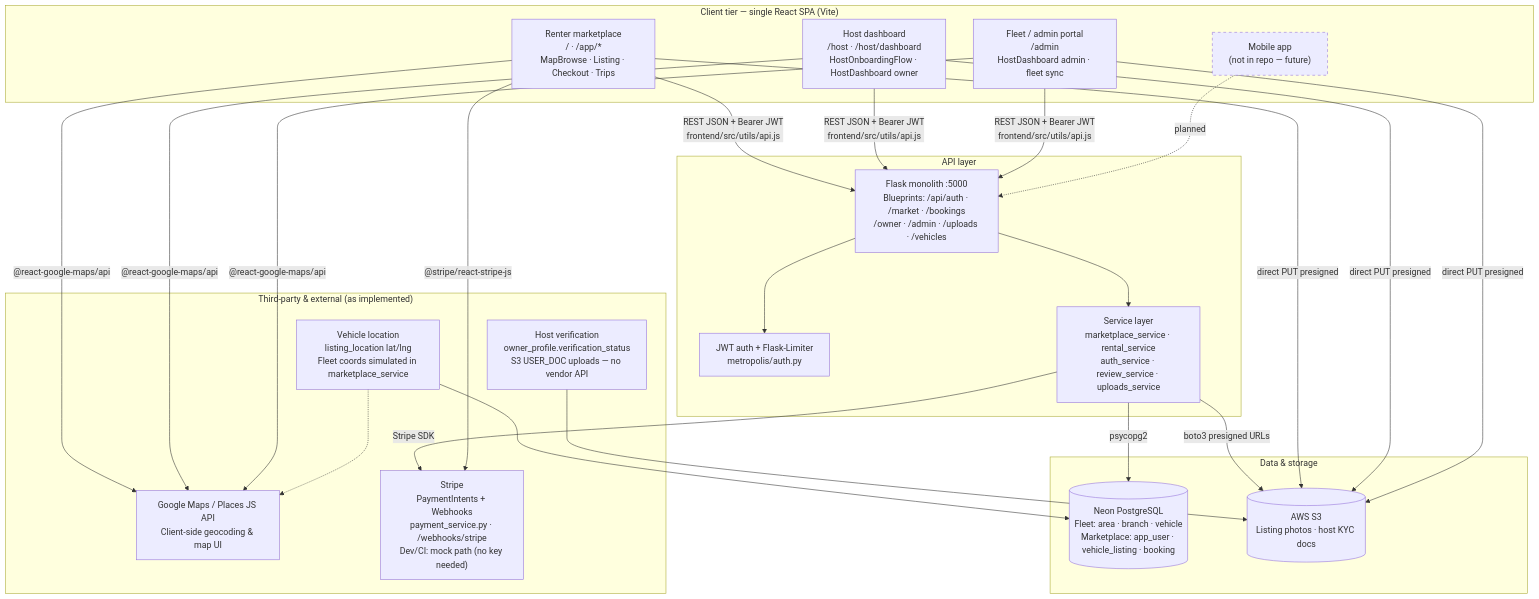
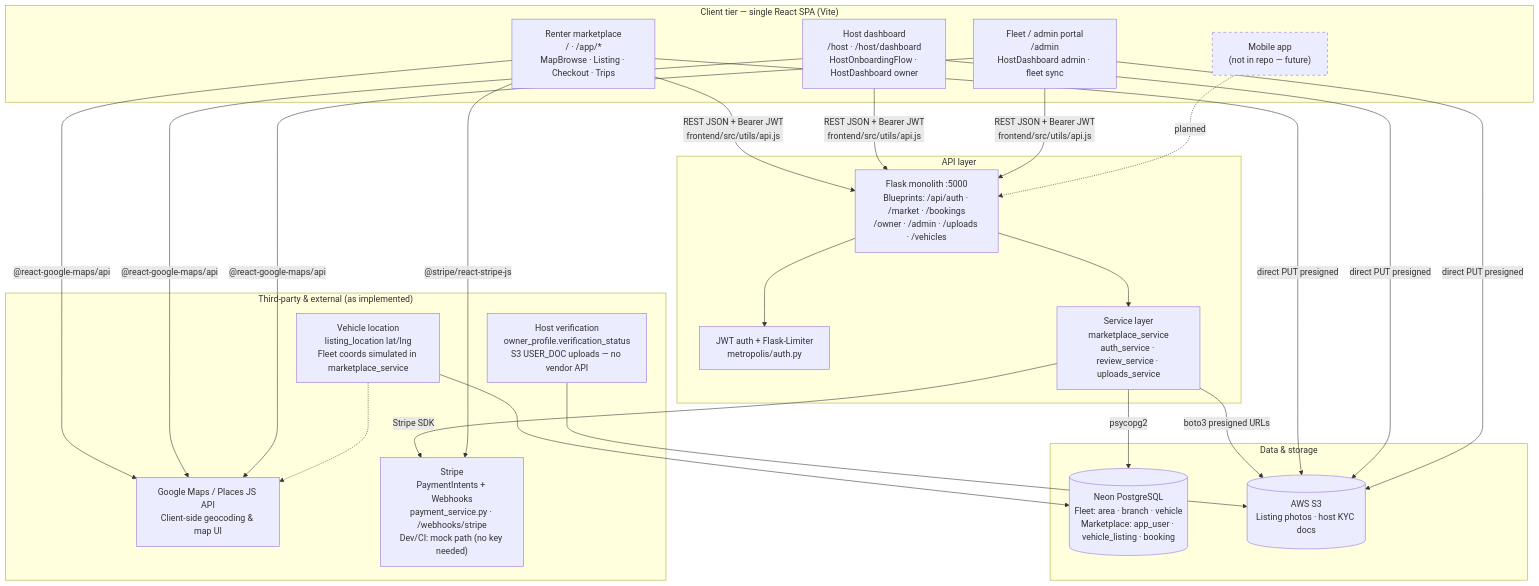
Before and after one commit to toni8699/Metropolis: the first of 2 diagrams in docs/architecture-diagrams.md, drawn with Mermaid. The commit also changed other lines of this file and 20 other files, not shown here.

````diff
--- a/docs/architecture-diagrams.md
+++ b/docs/architecture-diagrams.md
@@ -17,45 +17,45 @@
 ```mermaid
 graph TD
     subgraph Clients["Client tier — single React SPA (Vite)"]
         RW["Renter marketplace<br/>/ · /app/*<br/>MapBrowse · Listing · Checkout · Trips"]
         HD["Host dashboard<br/>/host · /host/dashboard<br/>HostOnboardingFlow · HostDashboard owner"]
         FM["Fleet / admin portal<br/>/admin<br/>HostDashboard admin · fleet sync"]
         MOB["Mobile app<br/>(not in repo — future)"]
     end
 
     subgraph Edge["API layer"]
         API["Flask monolith :5000<br/>Blueprints: /api/auth · /market · /bookings<br/>/owner · /admin · /uploads · /vehicles"]
         AUTH["JWT auth + Flask-Limiter<br/>metropolis/auth.py"]
-        SVC["Service layer<br/>marketplace_service · rental_service<br/>auth_service · review_service · uploads_service"]
+        SVC["Service layer<br/>marketplace_service<br/>auth_service · review_service · uploads_service"]
         API --> AUTH
         API --> SVC
     end
 
     subgraph Data["Data & storage"]
         PG[("Neon PostgreSQL<br/>Fleet: area · branch · vehicle<br/>Marketplace: app_user · vehicle_listing · booking")]
         S3[("AWS S3<br/>Listing photos · host KYC docs")]
     end
 
     subgraph External["Third-party & external (as implemented)"]
         GM["Google Maps / Places JS API<br/>Client-side geocoding & map UI"]
         PAY["Stripe<br/>PaymentIntents + Webhooks<br/>payment_service.py · /webhooks/stripe<br/>Dev/CI: mock path (no key needed)"]
         KYC["Host verification<br/>owner_profile.verification_status<br/>S3 USER_DOC uploads — no vendor API"]
         GPS["Vehicle location<br/>listing_location lat/lng<br/>Fleet coords simulated in marketplace_service"]
     end
 
     RW & HD & FM -->|"REST JSON + Bearer JWT<br/>frontend/src/utils/api.js"| API
     MOB -.->|"planned"| API
 
     SVC -->|"psycopg2"| PG
     SVC -->|"boto3 presigned URLs"| S3
     RW & HD & FM -->|"direct PUT presigned"| S3
     RW & HD & FM -->|"@react-google-maps/api"| GM
 
     SVC -->|"Stripe SDK"| PAY
     RW -->|"@stripe/react-stripe-js"| PAY
     KYC --> S3
     GPS --> PG
     GPS -.-> GM
 
     style MOB stroke-dasharray: 5 5
 ```
````
